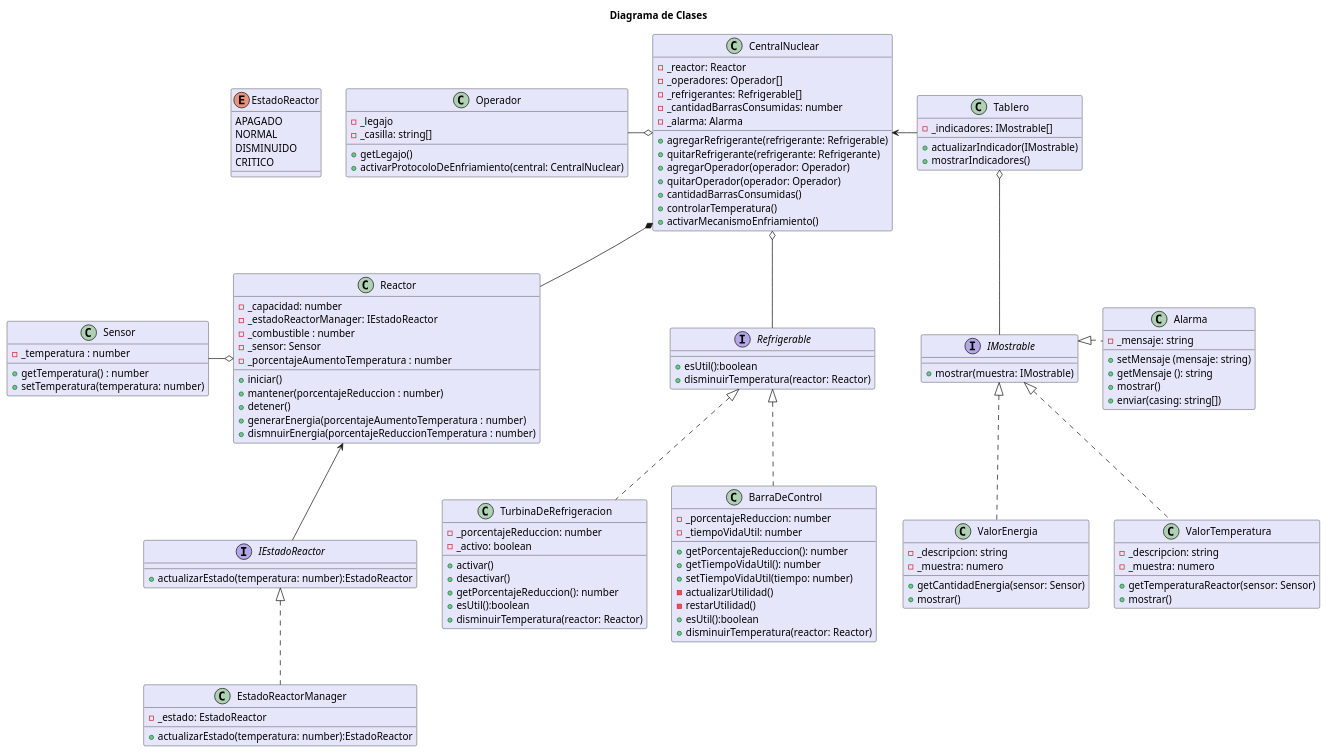
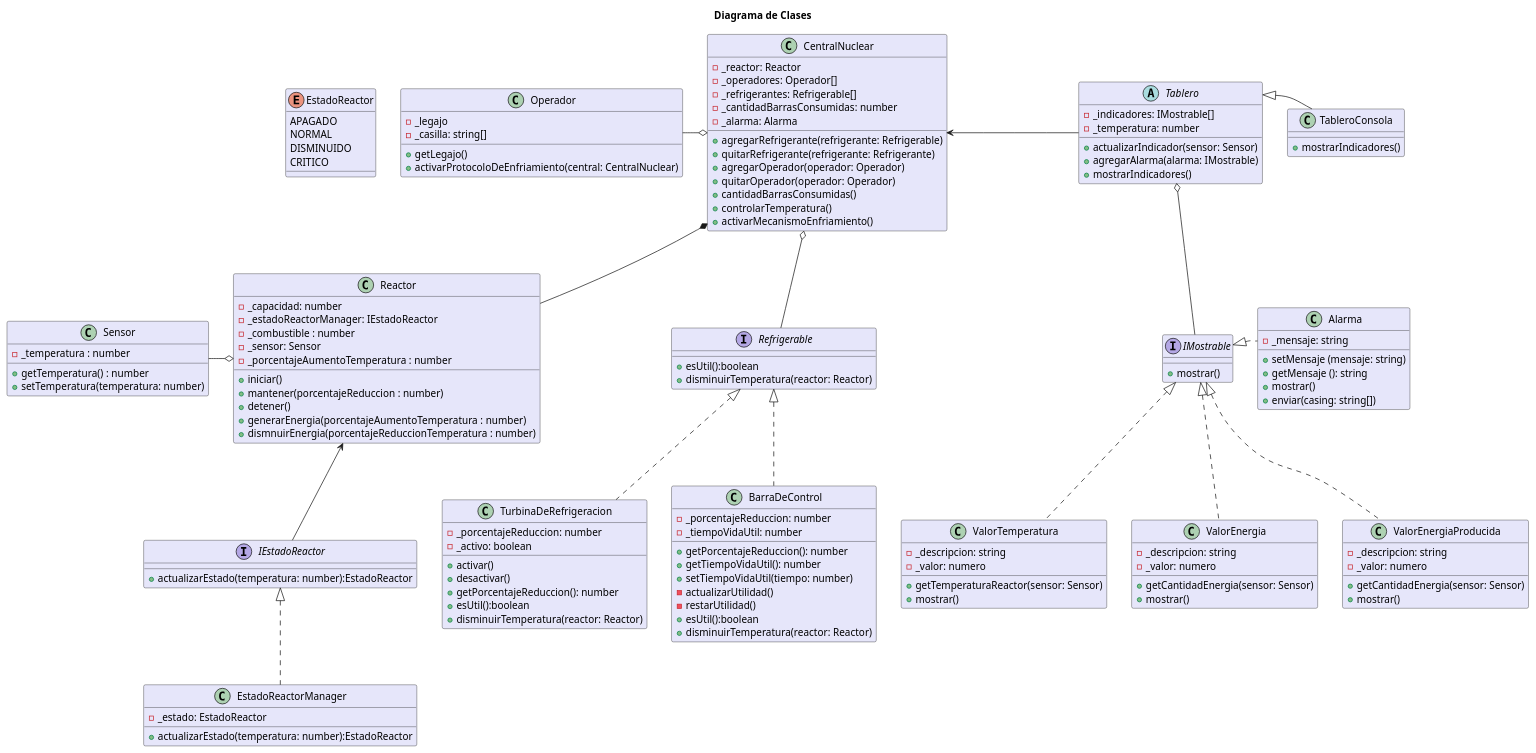
Before and after one commit to fedef1982/Trabajo-Practico-Laboratorio3-2024-Reactor-Nuclear: the diagram in diagramas/DiagramaDeClases.puml, drawn with PlantUML. The commit also changed 7 other files, not shown here.

Commit message:
Modifico diagrama y todo lo relacionado con Tableros

```diff
--- a/diagramas/DiagramaDeClases.puml
+++ b/diagramas/DiagramaDeClases.puml
@@ -1,137 +1,151 @@
 @startuml Diagrama de Clases
 title "Diagrama de Clases"
 skinparam ClassBackgroundColor lavender
 
 'RELACIONES--------------------
 CentralNuclear *-- Reactor
 CentralNuclear o-- Refrigerable
 CentralNuclear o-l- Operador
 CentralNuclear <-r- Tablero
 Reactor o-l- Sensor
 Reactor <-- IEstadoReactor
 Reactor -r[HIDDEN]- TurbinaDeRefrigeracion
 Reactor -u[HIDDEN]- EstadoReactor
 Tablero o-- IMostrable
+Tablero -r[HIDDEN]- TableroConsola
 IMostrable -r[HIDDEN]- Alarma
 '-------------------------------
 
 
 class CentralNuclear {
     - _reactor: Reactor
     - _operadores: Operador[]
     - _refrigerantes: Refrigerable[]
     - _cantidadBarrasConsumidas: number
     - _alarma: Alarma
     +agregarRefrigerante(refrigerante: Refrigerable)
     +quitarRefrigerante(refrigerante: Refrigerante)
     +agregarOperador(operador: Operador)
     +quitarOperador(operador: Operador)
     +cantidadBarrasConsumidas()
     +controlarTemperatura()
     +activarMecanismoEnfriamiento()
 }
 
 class Reactor {
     - _capacidad: number
     - _estadoReactorManager: IEstadoReactor
     - _combustible : number
     - _sensor: Sensor
     - _porcentajeAumentoTemperatura : number
     + iniciar()
     + mantener(porcentajeReduccion : number)
     + detener()
     + generarEnergia(porcentajeAumentoTemperatura : number)
     + dismnuirEnergia(porcentajeReduccionTemperatura : number)
 }
 
 interface IEstadoReactor{
     + actualizarEstado(temperatura: number):EstadoReactor
 }
 
 class EstadoReactorManager implements IEstadoReactor{
     - _estado: EstadoReactor
     + actualizarEstado(temperatura: number):EstadoReactor
 
 }
 
 class Sensor {
     - _temperatura : number
     + getTemperatura() : number
     + setTemperatura(temperatura: number)
 }
 
 interface Refrigerable{
     + esUtil():boolean
     + disminuirTemperatura(reactor: Reactor)
 }
 
 class BarraDeControl implements Refrigerable {
     - _porcentajeReduccion: number
     - _tiempoVidaUtil: number
     + getPorcentajeReduccion(): number
     + getTiempoVidaUtil(): number
     + setTiempoVidaUtil(tiempo: number)
     - actualizarUtilidad()
     - restarUtilidad()
     + esUtil():boolean
     + disminuirTemperatura(reactor: Reactor)
 }
 
 class TurbinaDeRefrigeracion implements Refrigerable{
     - _porcentajeReduccion: number
     - _activo: boolean
     + activar()
     + desactivar()
     + getPorcentajeReduccion(): number
     + esUtil():boolean
     + disminuirTemperatura(reactor: Reactor)
 }
 
 enum EstadoReactor{
     APAGADO
     NORMAL
     DISMINUIDO
     CRITICO
 }
 
-
 interface IMostrable{
-    + mostrar(muestra: IMostrable)
+    + mostrar()
 }
 
 class ValorTemperatura implements IMostrable{
     - _descripcion: string
-    - _muestra: numero
+    - _valor: numero
     + getTemperaturaReactor(sensor: Sensor)
     + mostrar()
 }
 
 class ValorEnergia implements IMostrable{
     - _descripcion: string
-    - _muestra: numero
+    - _valor: numero
     + getCantidadEnergia(sensor: Sensor)
     + mostrar()
 }
+
+class ValorEnergiaProducida implements IMostrable{
+    - _descripcion: string
+    - _valor: numero
+    + getCantidadEnergia(sensor: Sensor)
+    + mostrar()
+}
+
 
 class Alarma implements IMostrable{
     - _mensaje: string 
     + setMensaje (mensaje: string)
     + getMensaje (): string
     + mostrar()
     + enviar(casing: string[])
 }
 
-class Tablero  {
+abstract class  Tablero {
     - _indicadores: IMostrable[]
-    + actualizarIndicador(IMostrable)
+    - _temperatura: number
+    + actualizarIndicador(sensor: Sensor)
+    + agregarAlarma(alarma: IMostrable)
+    + mostrarIndicadores()
+}
+
+class TableroConsola extends Tablero {
     + mostrarIndicadores()
 }
 
 class Operador{
     - _legajo
     - _casilla: string[]
     + getLegajo()
     + activarProtocoloDeEnfriamiento(central: CentralNuclear)
 }
 
 @enduml
```
